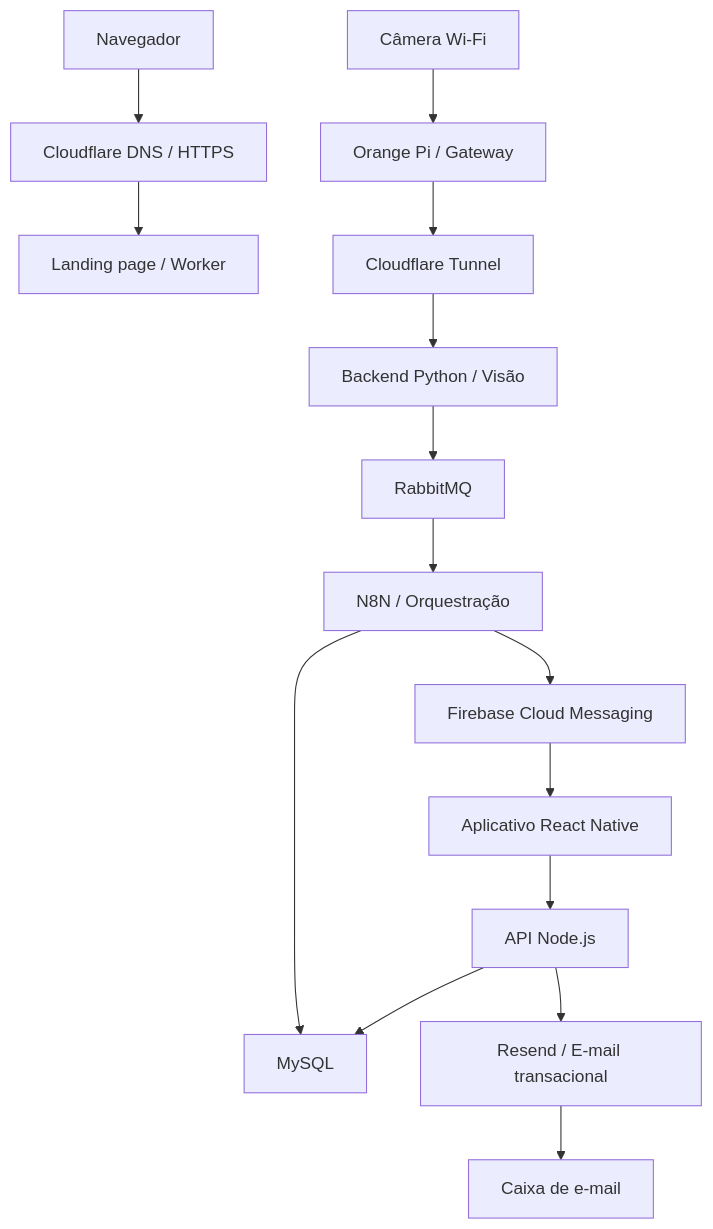
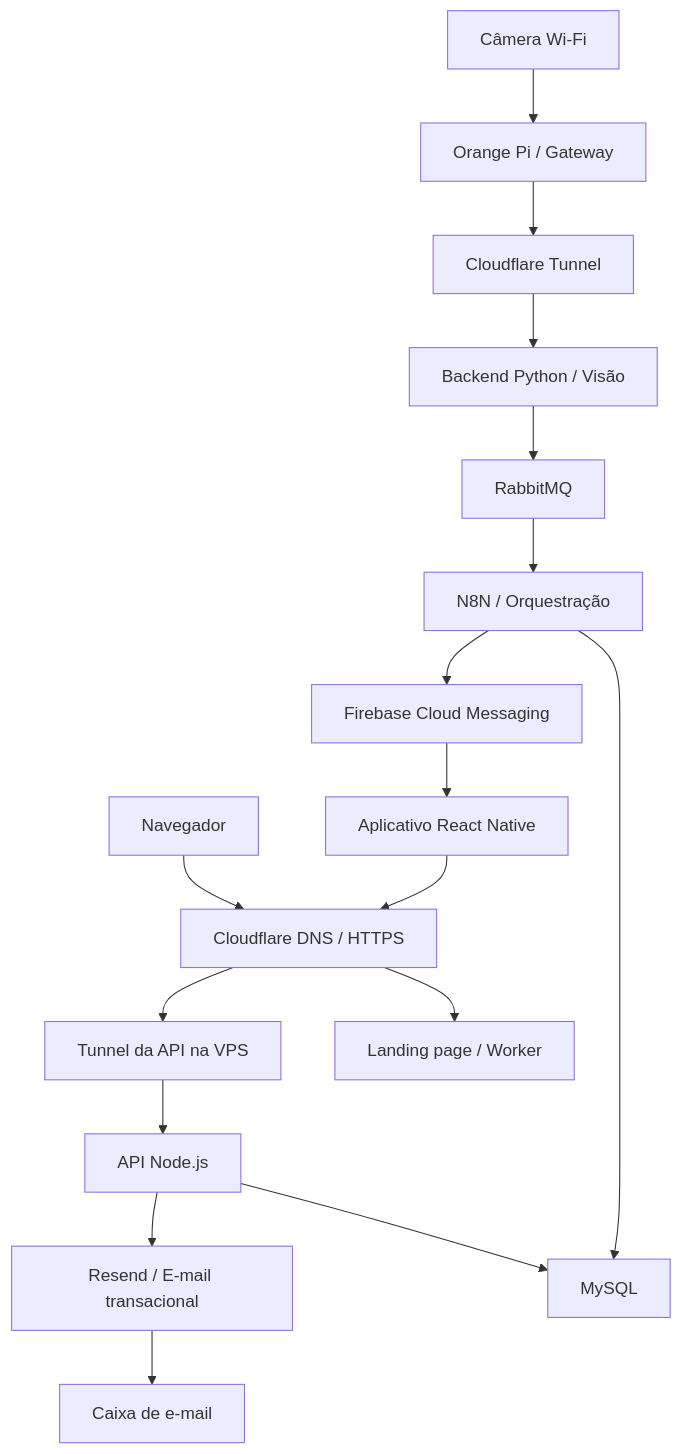
Before and after one commit to poolsafe/poolsafe-app-frontend: the diagram in POOLSAFE_SOURCE_OF_TRUTH.md, drawn with Mermaid. The commit also changed other lines of this file, not shown here.

````diff
--- a/POOLSAFE_SOURCE_OF_TRUTH.md
+++ b/POOLSAFE_SOURCE_OF_TRUTH.md
@@ -84,17 +84,19 @@
 ```mermaid
 flowchart TD
     WEB["Navegador"] --> EDGE["Cloudflare DNS / HTTPS"]
     EDGE --> SITE["Landing page / Worker"]
     CAM["Câmera Wi-Fi"] --> GW["Orange Pi / Gateway"]
     GW --> CF["Cloudflare Tunnel"]
     CF --> PY["Backend Python / Visão"]
     PY --> MQ["RabbitMQ"]
     MQ --> N8N["N8N / Orquestração"]
     N8N --> DB["MySQL"]
     N8N --> FCM["Firebase Cloud Messaging"]
     FCM --> APP["Aplicativo React Native"]
-    APP --> API["API Node.js"]
+    APP --> EDGE
+    EDGE --> APITUN["Tunnel da API na VPS"]
+    APITUN --> API["API Node.js"]
     API --> DB
     API --> EMAIL["Resend / E-mail transacional"]
     EMAIL --> MAIL["Caixa de e-mail"]
 ```
````
